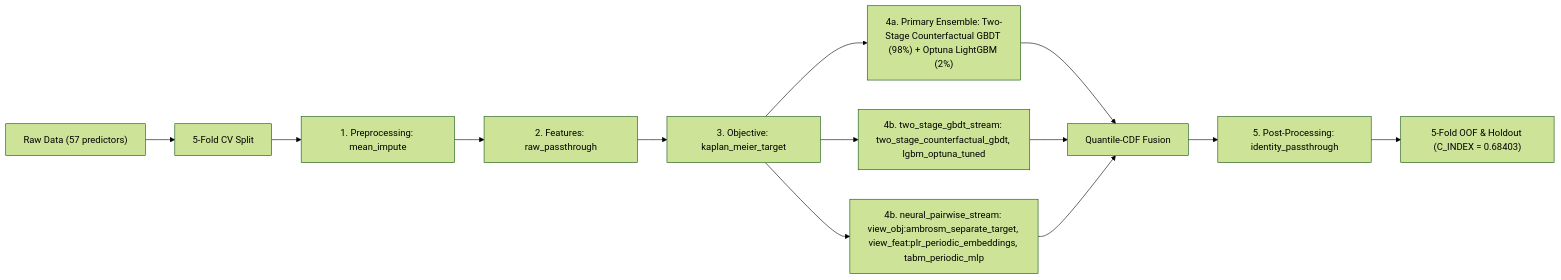
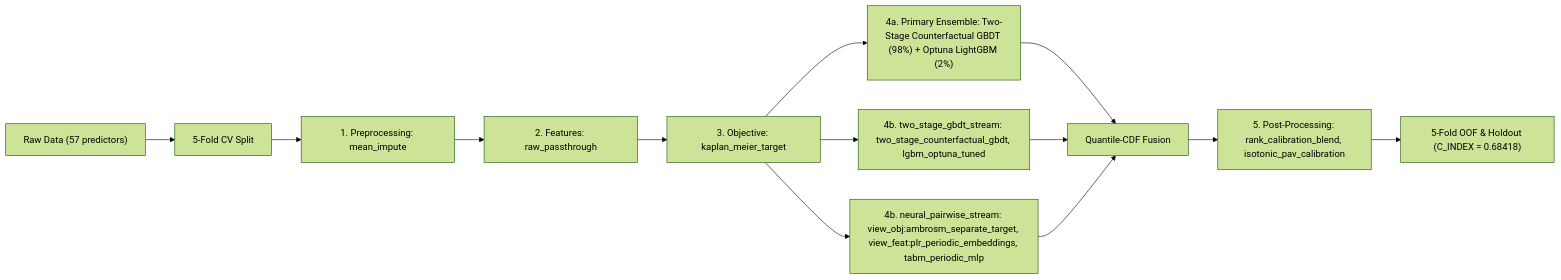
The diagram in README.md (stefanoclss/CIBMTR-Equity-in-Post-HCT-Survival-Predictions), drawn with Mermaid (forest theme) before and after one commit. The commit also changed other lines of this file, not shown here.

First line of the commit message:
docs(readme): refresh verified OOF benchmark & build ledger (C_INDEX=0.68418)

````diff
--- a/README.md
+++ b/README.md
@@ -70,15 +71,15 @@
 ```mermaid
 flowchart LR
     DATA["Raw Data (57 predictors)"] --> SPLIT["5-Fold CV Split"]
     SPLIT --> PRE["1. Preprocessing: mean_impute"]
     PRE --> FEAT["2. Features: raw_passthrough"]
     FEAT --> OBJ["3. Objective: kaplan_meier_target"]
     OBJ --> M0["4a. Primary Ensemble: Two-Stage Counterfactual GBDT (98%) + Optuna LightGBM (2%)"]
     M0 --> FUSE["Quantile-CDF Fusion"]
     OBJ --> S1["4b. two_stage_gbdt_stream: two_stage_counterfactual_gbdt, lgbm_optuna_tuned"]
     S1 --> FUSE
     OBJ --> S2["4b. neural_pairwise_stream: view_obj:ambrosm_separate_target, view_feat:plr_periodic_embeddings, tabm_periodic_mlp"]
     S2 --> FUSE
-    FUSE --> POST["5. Post-Processing: identity_passthrough"]
-    POST --> OUT["5-Fold OOF & Holdout (C_INDEX = 0.68403)"]
+    FUSE --> POST["5. Post-Processing: rank_calibration_blend, isotonic_pav_calibration"]
+    POST --> OUT["5-Fold OOF & Holdout (C_INDEX = 0.68418)"]
 ```
````
